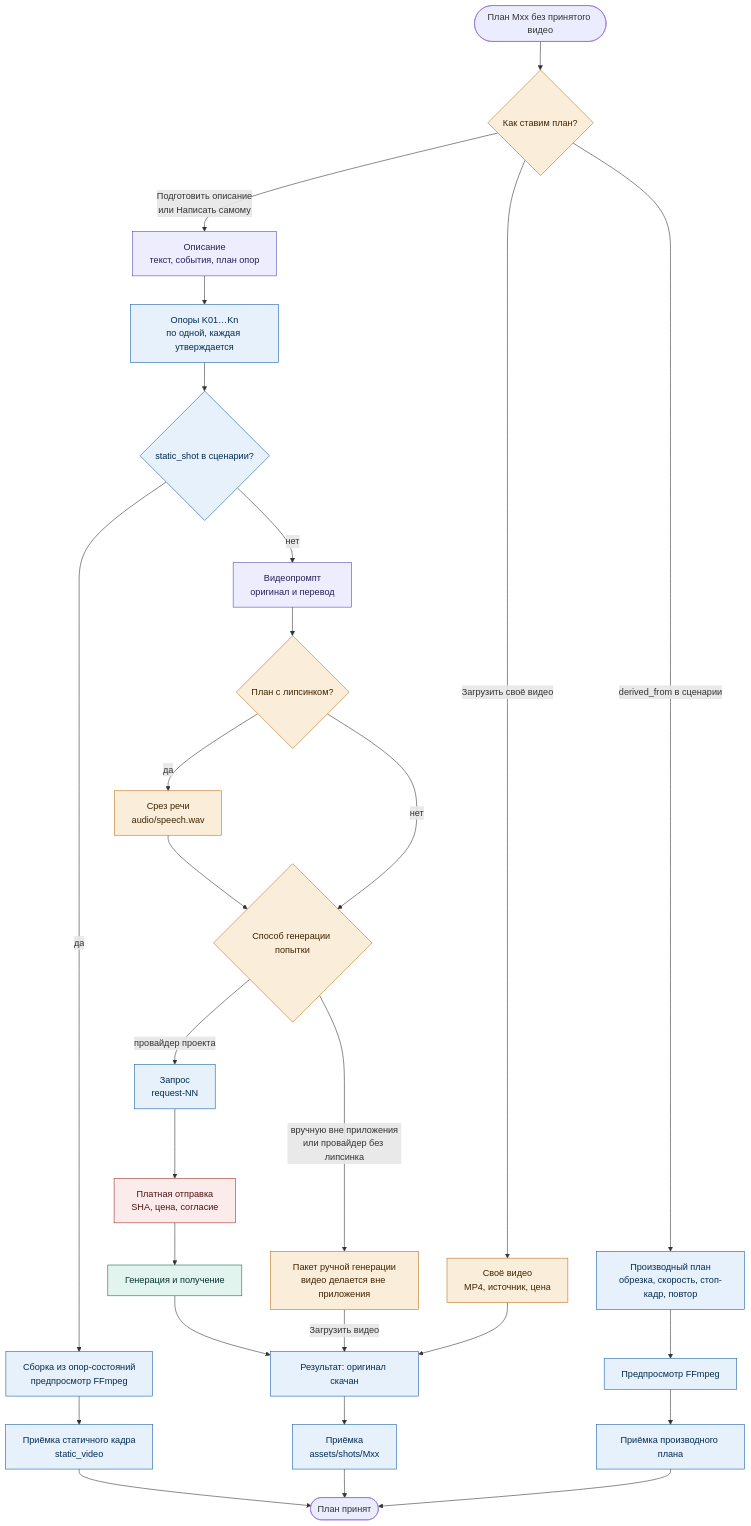
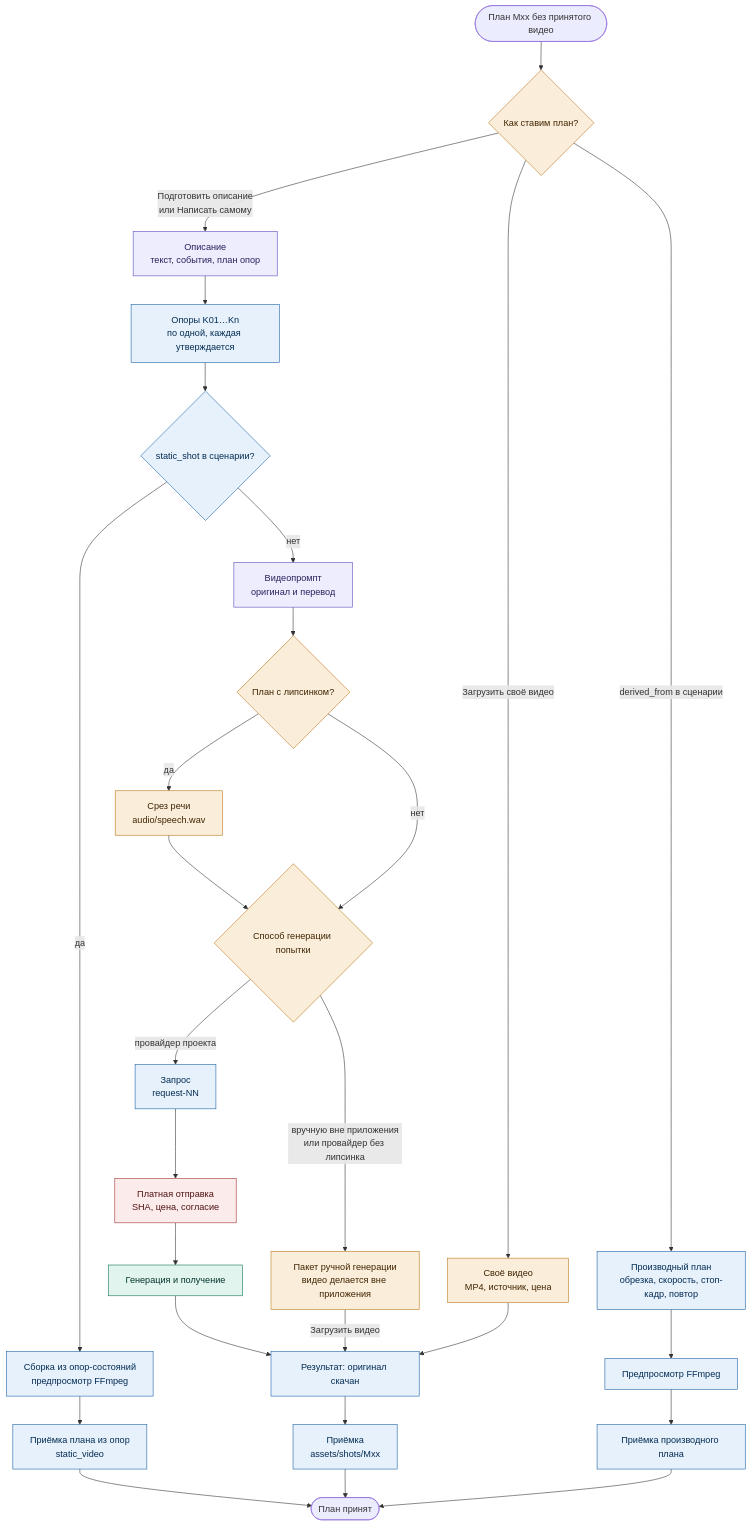
One commit to ai-animation-tools/songframe changed the first of 10 diagrams in docs/production-map.md. Above: the diagram before and after it, drawn with Mermaid. The commit also changed other lines of this file and 93 other files, not shown here.

First line of the commit message:
Вид плана «Статичный кадр» переименован в «Сборка из опор»

````diff
--- a/docs/production-map.md
+++ b/docs/production-map.md
@@ -20,41 +20,41 @@
 ```mermaid
 flowchart TD
   start(["План Mxx без принятого видео"]) --> how{"Как ставим план?"}
   how -- "Подготовить описание<br/>или Написать самому" --> desc["Описание<br/>текст, события, план опор"]
   how -- "Загрузить своё видео" --> own["Своё видео<br/>MP4, источник, цена"]
   how -- "derived_from в сценарии" --> derived["Производный план<br/>обрезка, скорость, стоп-кадр, повтор"]
   desc --> kf["Опоры K01…Kn<br/>по одной, каждая утверждается"]
   kf --> still{"static_shot в сценарии?"}
   still -- "да" --> assemble["Сборка из опор-состояний<br/>предпросмотр FFmpeg"]
-  assemble --> saccept["Приёмка статичного кадра<br/>static_video"]
+  assemble --> saccept["Приёмка плана из опор<br/>static_video"]
   still -- "нет" --> vp["Видеопромпт<br/>оригинал и перевод"]
   vp --> lip{"План с липсинком?"}
   lip -- "да" --> speech["Срез речи<br/>audio/speech.wav"]
   lip -- "нет" --> method
   speech --> method{"Способ генерации попытки"}
   method -- "провайдер проекта" --> req["Запрос<br/>request-NN"]
   method -- "вручную вне приложения<br/>или провайдер без липсинка" --> manual["Пакет ручной генерации<br/>видео делается вне приложения"]
   req --> pay["Платная отправка<br/>SHA, цена, согласие"]
   pay --> gen["Генерация и получение"]
   gen --> res["Результат: оригинал скачан"]
   manual -- "Загрузить видео" --> res
   own --> res
   res --> accept["Приёмка<br/>assets/shots/Mxx"]
   derived --> dprev["Предпросмотр FFmpeg"] --> daccept["Приёмка производного плана"]
   accept --> done(["План принят"])
   daccept --> done
   saccept --> done
 
   class how,method,lip,own,manual,speech user
   class desc,vp agent
   class kf,req,derived,dprev,still,assemble app
   class pay paid
   class gen service
   class res,accept,daccept,saccept app
   classDef user fill:#FAEEDA,stroke:#BA7517,color:#412402
   classDef agent fill:#EEEDFE,stroke:#534AB7,color:#26215C
   classDef app fill:#E6F1FB,stroke:#185FA5,color:#042C53
   classDef paid fill:#FCEBEB,stroke:#A32D2D,color:#501313
   classDef service fill:#E1F5EE,stroke:#0F6E56,color:#04342C
   classDef bad fill:#F1EFE8,stroke:#5F5E5A,color:#2C2C2A,stroke-dasharray:4 3
 ```
````
